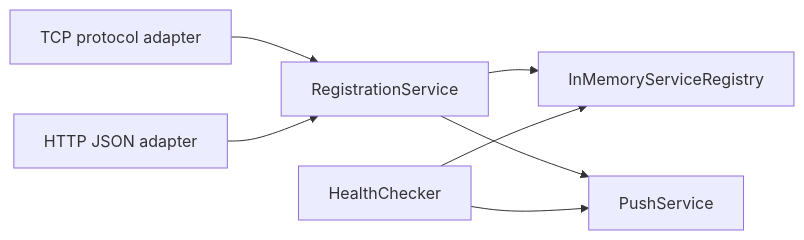
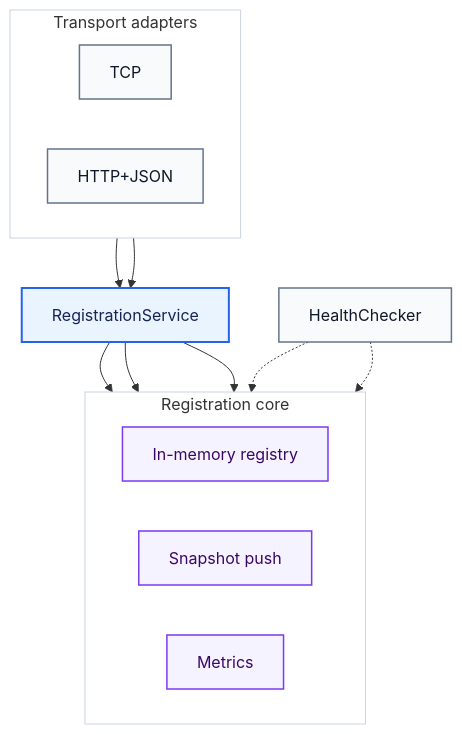
Before and after one commit to zzl-qz/Rover-Suite: the second of 3 diagrams in docs-public/architecture.md, drawn with Mermaid. The commit also changed other lines of this file and 7 other files, not shown here.

Commit message:
调整了一下图

````diff
--- a/docs-public/architecture.md
+++ b/docs-public/architecture.md
@@ -152,9 +165,35 @@
 ```mermaid
-flowchart LR
-    TCP["TCP protocol adapter"] --> RS["RegistrationService"]
-    HTTP["HTTP JSON adapter"] --> RS
-    RS --> Registry["InMemoryServiceRegistry"]
-    RS --> Push["PushService"]
-    Health["HealthChecker"] --> Registry
-    Health --> Push
+flowchart TB
+    subgraph Adapter["Transport adapters"]
+        direction LR
+        TCP["TCP"]
+        HTTP["HTTP+JSON"]
+    end
+
+    RS["RegistrationService"]
+
+    subgraph Core["Registration core"]
+        direction LR
+        Registry["In-memory registry"]
+        Push["Snapshot push"]
+        Metrics["Metrics"]
+    end
+
+    Health["HealthChecker"]
+    TCP --> RS
+    HTTP --> RS
+    RS --> Registry
+    RS --> Push
+    RS --> Metrics
+    Health -.-> Registry
+    Health -.-> Push
+
+    classDef adapter fill:#F8FAFC,stroke:#64748B,color:#0F172A,stroke-width:1.5px;
+    classDef domain fill:#EAF4FF,stroke:#2563EB,color:#172554,stroke-width:2px;
+    classDef core fill:#F5F3FF,stroke:#7C3AED,color:#3B0764,stroke-width:1.5px;
+    class TCP,HTTP,Health adapter;
+    class RS domain;
+    class Registry,Push,Metrics core;
+    style Adapter fill:#FFFFFF,stroke:#CBD5E1,stroke-width:1px;
+    style Core fill:#FFFFFF,stroke:#CBD5E1,stroke-width:1px;
 ```
````
